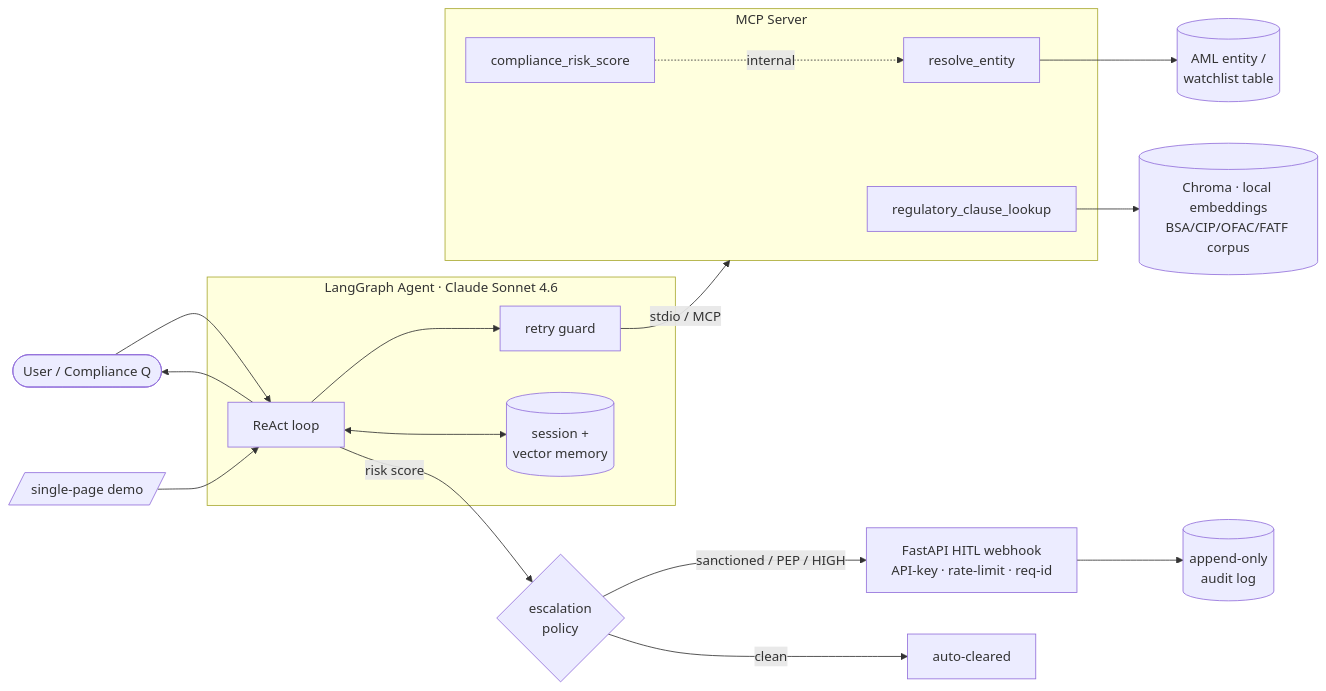
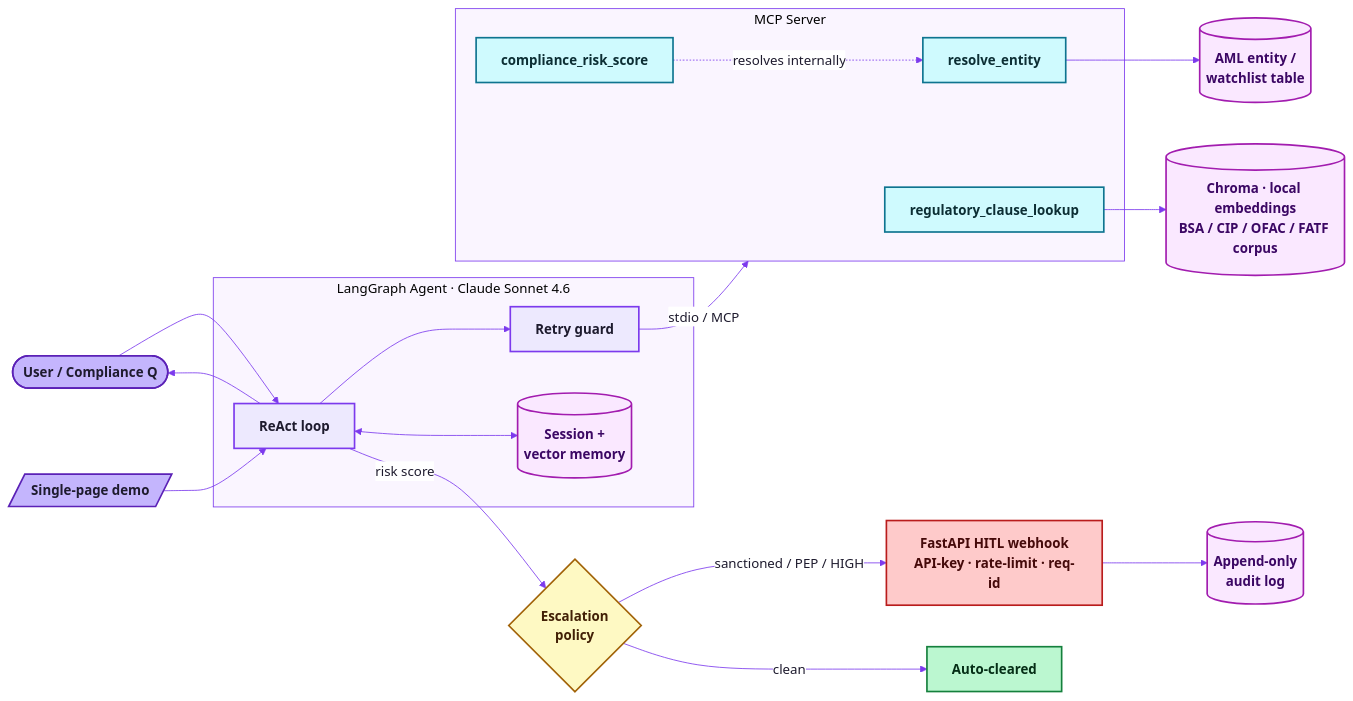
Before and after one commit to nehashirodkar/mcp-compliance-assistant: the diagram in README.md, drawn with Mermaid.

Commit message:
docs: high-contrast architecture diagram for readability

````diff
--- a/README.md
+++ b/README.md
@@ -41,28 +41,42 @@
 ```mermaid
+%%{init: {'theme':'base','themeVariables':{
+  'fontSize':'16px','fontFamily':'monospace',
+  'primaryColor':'#ede9fe','primaryTextColor':'#1e1b2e','primaryBorderColor':'#7c3aed',
+  'lineColor':'#7c3aed','textColor':'#1e1b2e',
+  'clusterBkg':'#faf5ff','clusterBorder':'#7c3aed',
+  'edgeLabelBackground':'#ffffff'}}}%%
 flowchart LR
-    U([User / Compliance Q]) --> A
-    DEMO[/single-page demo/] --> A
+    U([User / Compliance Q]):::io --> A
+    DEMO[/Single-page demo/]:::io --> A
 
     subgraph AGENT["LangGraph Agent · Claude Sonnet 4.6"]
-        A[ReAct loop] --> R[retry guard]
-        A <--> M[(session +<br/>vector memory)]
+        A[ReAct loop]:::agent --> R[Retry guard]:::agent
+        A <--> M[(Session +<br/>vector memory)]:::store
     end
 
     R -- stdio / MCP --> S
 
     subgraph S["MCP Server"]
-        T1[regulatory_clause_lookup]
-        T2[compliance_risk_score]
-        T3[resolve_entity]
+        T1[regulatory_clause_lookup]:::tool
+        T2[compliance_risk_score]:::tool
+        T3[resolve_entity]:::tool
     end
 
-    T1 --> C[(Chroma · local embeddings<br/>BSA/CIP/OFAC/FATF corpus)]
-    T3 --> E[(AML entity /<br/>watchlist table)]
-    T2 -. internal .-> T3
+    T1 --> C[(Chroma · local embeddings<br/>BSA / CIP / OFAC / FATF corpus)]:::store
+    T3 --> E[(AML entity /<br/>watchlist table)]:::store
+    T2 -. resolves internally .-> T3
 
-    A -- risk score --> P{escalation<br/>policy}
-    P -- sanctioned / PEP / HIGH --> H[FastAPI HITL webhook<br/>API-key · rate-limit · req-id]
-    P -- clean --> CLR[auto-cleared]
-    H --> AUD[(append-only<br/>audit log)]
+    A -- risk score --> P{Escalation<br/>policy}:::policy
+    P -- sanctioned / PEP / HIGH --> H[FastAPI HITL webhook<br/>API-key · rate-limit · req-id]:::hitl
+    P -- clean --> CLR[Auto-cleared]:::ok
+    H --> AUD[(Append-only<br/>audit log)]:::store
     A --> U
+
+    classDef io fill:#c4b5fd,stroke:#5b21b6,stroke-width:2px,color:#1e1b2e,font-weight:bold;
+    classDef agent fill:#ede9fe,stroke:#7c3aed,stroke-width:2px,color:#1e1b2e,font-weight:bold;
+    classDef tool fill:#cffafe,stroke:#0e7490,stroke-width:2px,color:#0c2e34,font-weight:bold;
+    classDef store fill:#fae8ff,stroke:#a21caf,stroke-width:2px,color:#3b0764,font-weight:bold;
+    classDef policy fill:#fef9c3,stroke:#a16207,stroke-width:2px,color:#422006,font-weight:bold;
+    classDef hitl fill:#fecaca,stroke:#b91c1c,stroke-width:2px,color:#450a0a,font-weight:bold;
+    classDef ok fill:#bbf7d0,stroke:#15803d,stroke-width:2px,color:#052e16,font-weight:bold;
 ```
````
